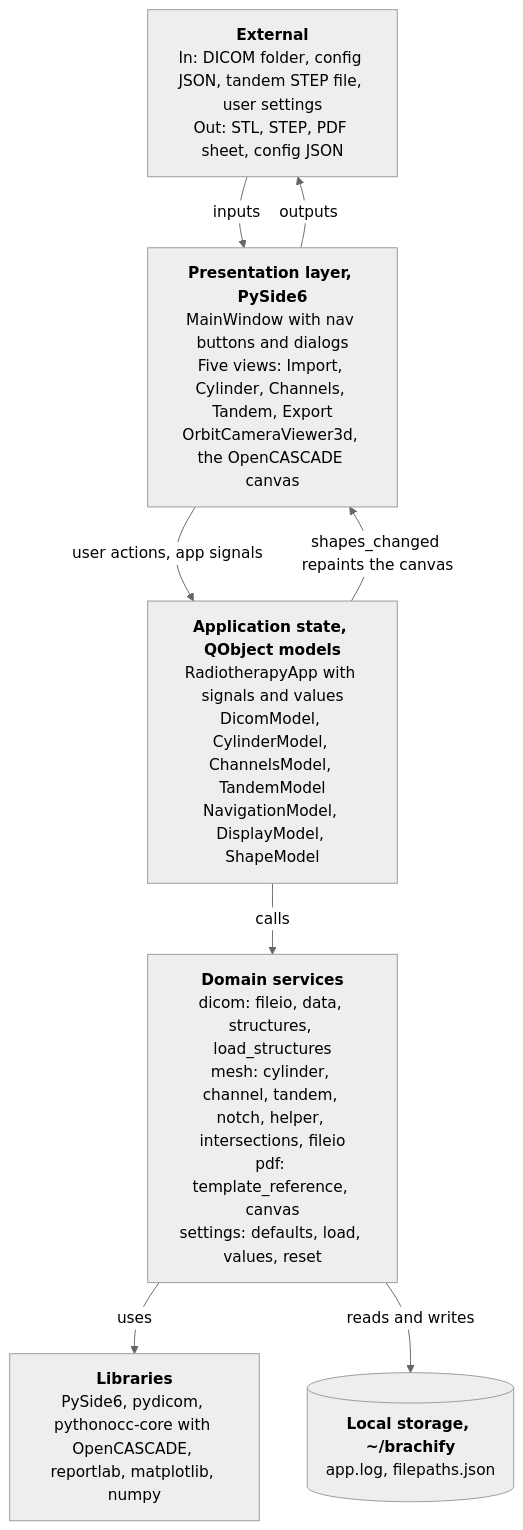
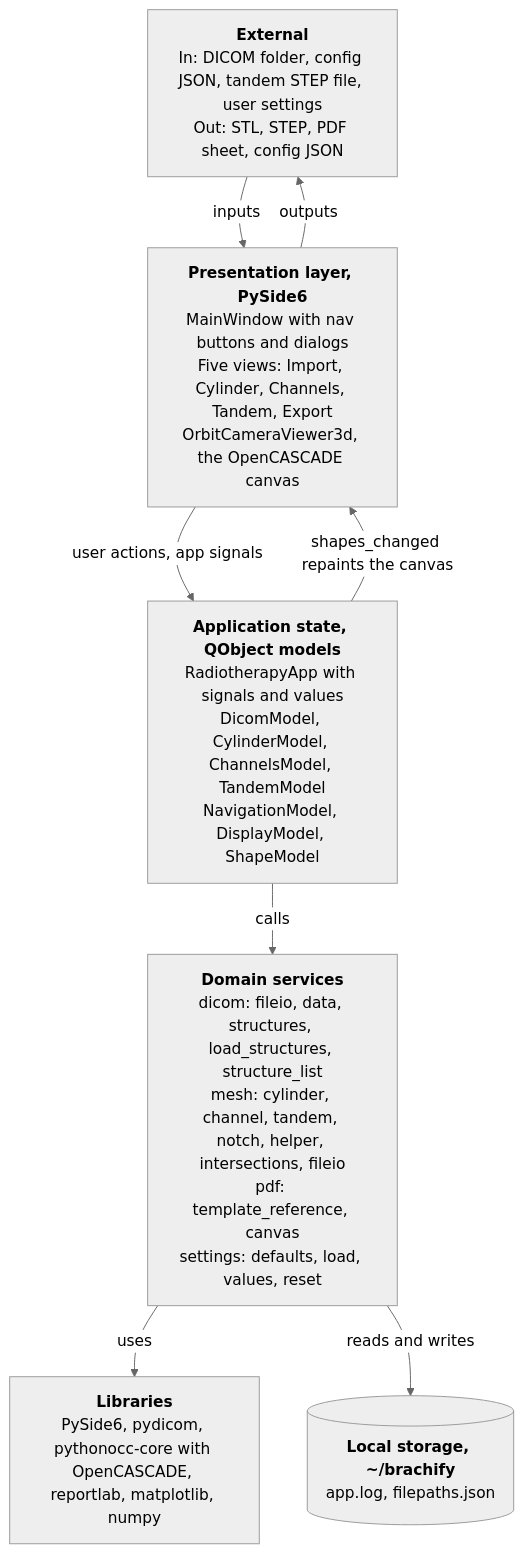
One commit to COSC-499-W2026/capstone-project-team-10 changed the diagram in docs/architecture/diagrams/system-architecture.mmd. Above: the diagram before and after it, drawn with Mermaid (neutral theme). The commit also changed 7 other files, not shown here.

First line of the commit message:
feat: show decoded structures on the Import tab list

```diff
--- a/docs/architecture/diagrams/system-architecture.mmd
+++ b/docs/architecture/diagrams/system-architecture.mmd
@@ -1,17 +1,17 @@
 %% title: System architecture
 %% alt: System architecture of brachify, a layered desktop application with a presentation layer, application state, domain services, third party libraries and local storage
 flowchart TB
   ext["<b>External</b><br/>In: DICOM folder, config JSON, tandem STEP file, user settings<br/>Out: STL, STEP, PDF sheet, config JSON"]
   pres["<b>Presentation layer, PySide6</b><br/>MainWindow with nav buttons and dialogs<br/>Five views: Import, Cylinder, Channels, Tandem, Export<br/>OrbitCameraViewer3d, the OpenCASCADE canvas"]
   state["<b>Application state, QObject models</b><br/>RadiotherapyApp with signals and values<br/>DicomModel, CylinderModel, ChannelsModel, TandemModel<br/>NavigationModel, DisplayModel, ShapeModel"]
-  domain["<b>Domain services</b><br/>dicom: fileio, data, structures, load_structures<br/>mesh: cylinder, channel, tandem, notch, helper, intersections, fileio<br/>pdf: template_reference, canvas<br/>settings: defaults, load, values, reset"]
+  domain["<b>Domain services</b><br/>dicom: fileio, data, structures, load_structures, structure_list<br/>mesh: cylinder, channel, tandem, notch, helper, intersections, fileio<br/>pdf: template_reference, canvas<br/>settings: defaults, load, values, reset"]
   lib["<b>Libraries</b><br/>PySide6, pydicom, pythonocc-core with OpenCASCADE, reportlab, matplotlib, numpy"]
   disk[("<b>Local storage, ~/brachify</b><br/>app.log, filepaths.json")]
 
   ext -->|"inputs"| pres
   pres -->|"outputs"| ext
   pres -->|"user actions, app signals"| state
   state -->|"shapes_changed repaints the canvas"| pres
   state -->|"calls"| domain
   domain -->|"uses"| lib
   domain -->|"reads and writes"| disk
```
